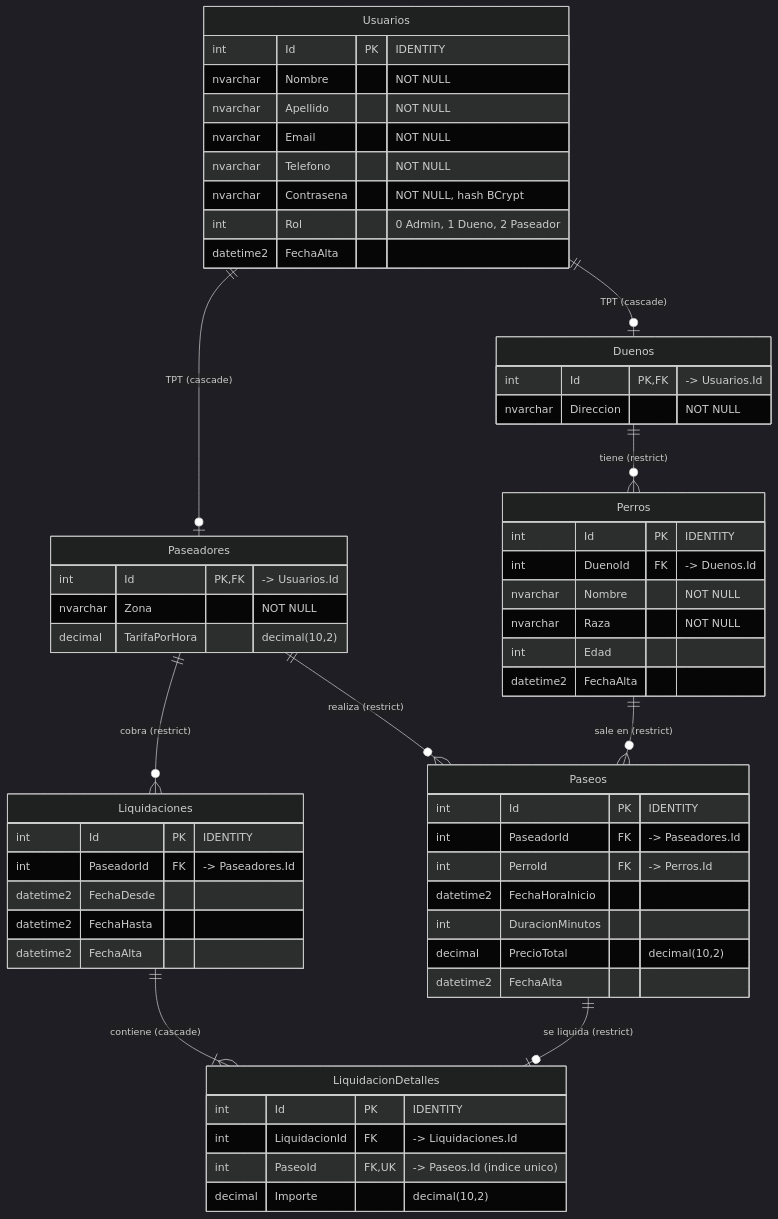
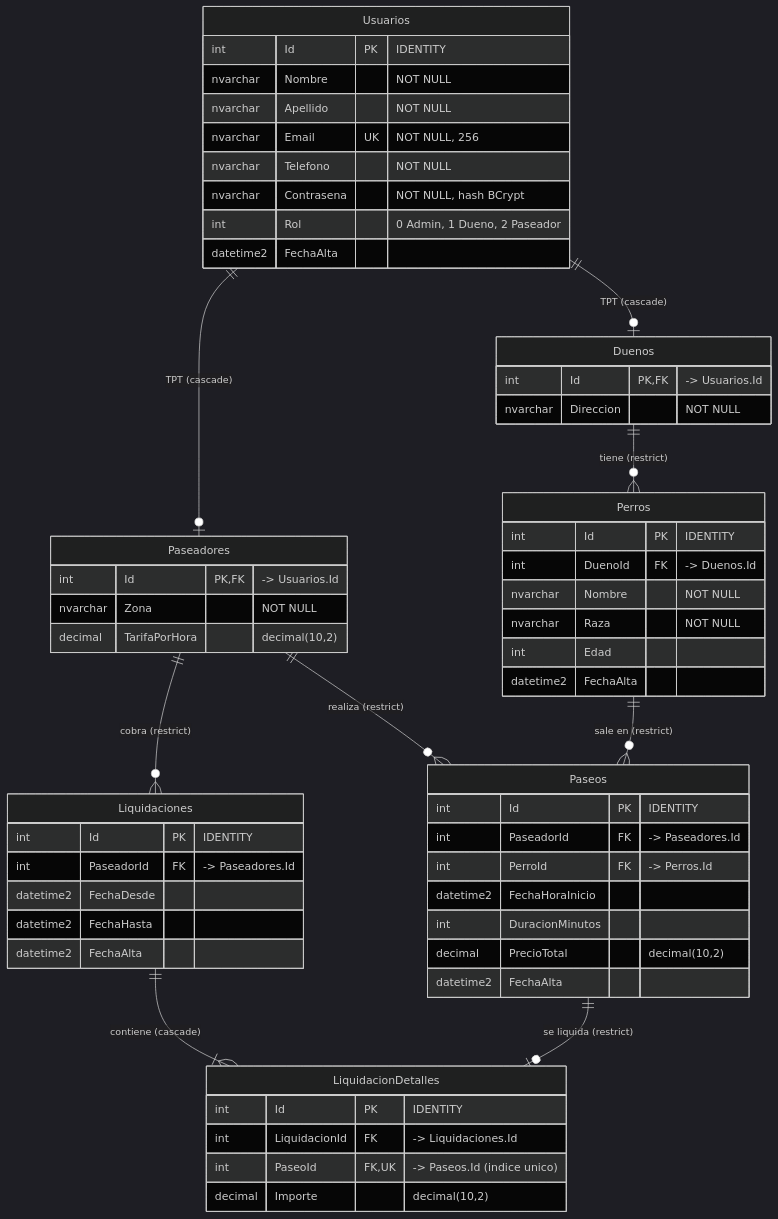
One commit to LautaroGiunta/tp-net-paseadores-mascotas changed the diagram in docs/diagramas/modelo-datos.mmd. Above: the diagram before and after it, drawn with Mermaid (dark theme). The commit also changed 1 other file, not shown here.

Commit message:
Docs: regla del email único y su índice en la base

```diff
--- a/docs/diagramas/modelo-datos.mmd
+++ b/docs/diagramas/modelo-datos.mmd
@@ -1,59 +1,59 @@
 erDiagram
     Usuarios {
         int Id PK "IDENTITY"
         nvarchar Nombre "NOT NULL"
         nvarchar Apellido "NOT NULL"
-        nvarchar Email "NOT NULL"
+        nvarchar Email UK "NOT NULL, 256"
         nvarchar Telefono "NOT NULL"
         nvarchar Contrasena "NOT NULL, hash BCrypt"
         int Rol "0 Admin, 1 Dueno, 2 Paseador"
         datetime2 FechaAlta
     }
     Duenos {
         int Id PK, FK "-> Usuarios.Id"
         nvarchar Direccion "NOT NULL"
     }
     Paseadores {
         int Id PK, FK "-> Usuarios.Id"
         nvarchar Zona "NOT NULL"
         decimal TarifaPorHora "decimal(10,2)"
     }
     Perros {
         int Id PK "IDENTITY"
         int DuenoId FK "-> Duenos.Id"
         nvarchar Nombre "NOT NULL"
         nvarchar Raza "NOT NULL"
         int Edad
         datetime2 FechaAlta
     }
     Paseos {
         int Id PK "IDENTITY"
         int PaseadorId FK "-> Paseadores.Id"
         int PerroId FK "-> Perros.Id"
         datetime2 FechaHoraInicio
         int DuracionMinutos
         decimal PrecioTotal "decimal(10,2)"
         datetime2 FechaAlta
     }
     Liquidaciones {
         int Id PK "IDENTITY"
         int PaseadorId FK "-> Paseadores.Id"
         datetime2 FechaDesde
         datetime2 FechaHasta
         datetime2 FechaAlta
     }
     LiquidacionDetalles {
         int Id PK "IDENTITY"
         int LiquidacionId FK "-> Liquidaciones.Id"
         int PaseoId FK, UK "-> Paseos.Id (indice unico)"
         decimal Importe "decimal(10,2)"
     }
 
     Usuarios ||--o| Duenos : "TPT (cascade)"
     Usuarios ||--o| Paseadores : "TPT (cascade)"
     Duenos ||--o{ Perros : "tiene (restrict)"
     Paseadores ||--o{ Paseos : "realiza (restrict)"
     Perros ||--o{ Paseos : "sale en (restrict)"
     Paseadores ||--o{ Liquidaciones : "cobra (restrict)"
     Liquidaciones ||--|{ LiquidacionDetalles : "contiene (cascade)"
     Paseos ||--o| LiquidacionDetalles : "se liquida (restrict)"
```
